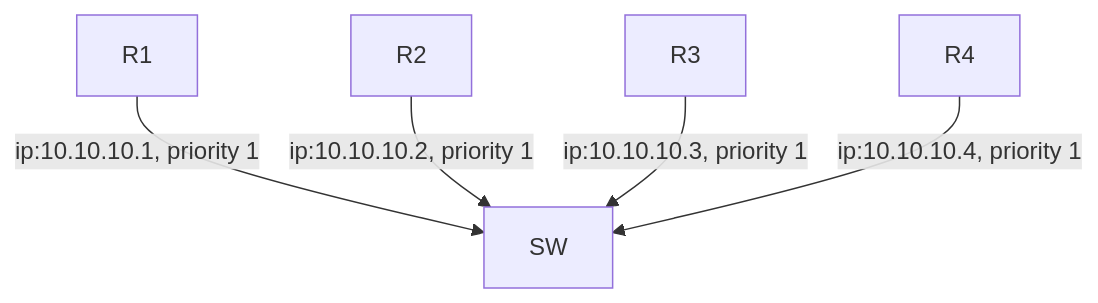
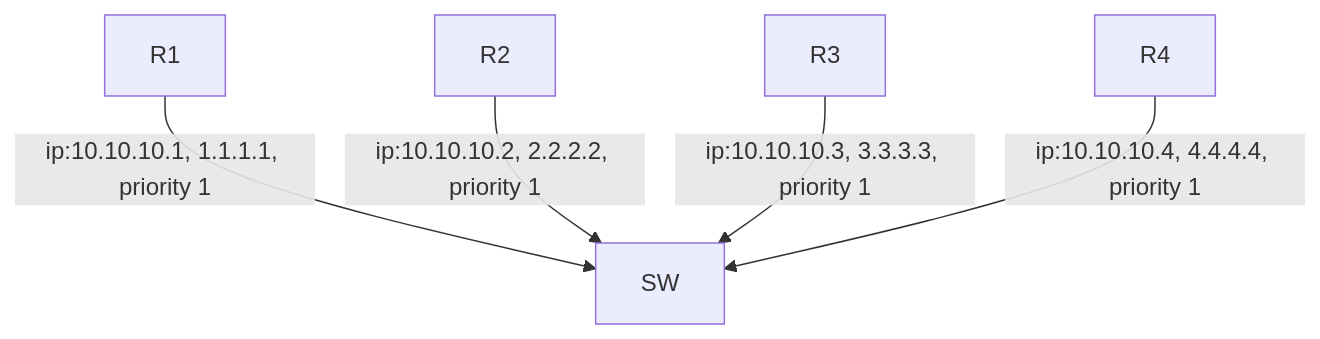
Before and after one commit to Rajeev-Tamang/OSPF: the second of 2 diagrams in README.md, drawn with Mermaid. The commit also changed other lines of this file, not shown here.

````diff
--- a/README.md
+++ b/README.md
@@ -174,7 +174,7 @@
 ```mermaid
 graph TD;
-  R1 --> | ip:10.10.10.1, priority 1 | SW;
-  R2 --> | ip:10.10.10.2, priority 1 | SW;
-  R3 --> | ip:10.10.10.3, priority 1 | SW;
-  R4 --> | ip:10.10.10.4, priority 1 | SW;
+  R1 --> | ip:10.10.10.1, 1.1.1.1, priority 1 | SW;
+  R2 --> | ip:10.10.10.2, 2.2.2.2, priority 1 | SW;
+  R3 --> | ip:10.10.10.3, 3.3.3.3, priority 1 | SW;
+  R4 --> | ip:10.10.10.4, 4.4.4.4, priority 1 | SW;
 ```
````
